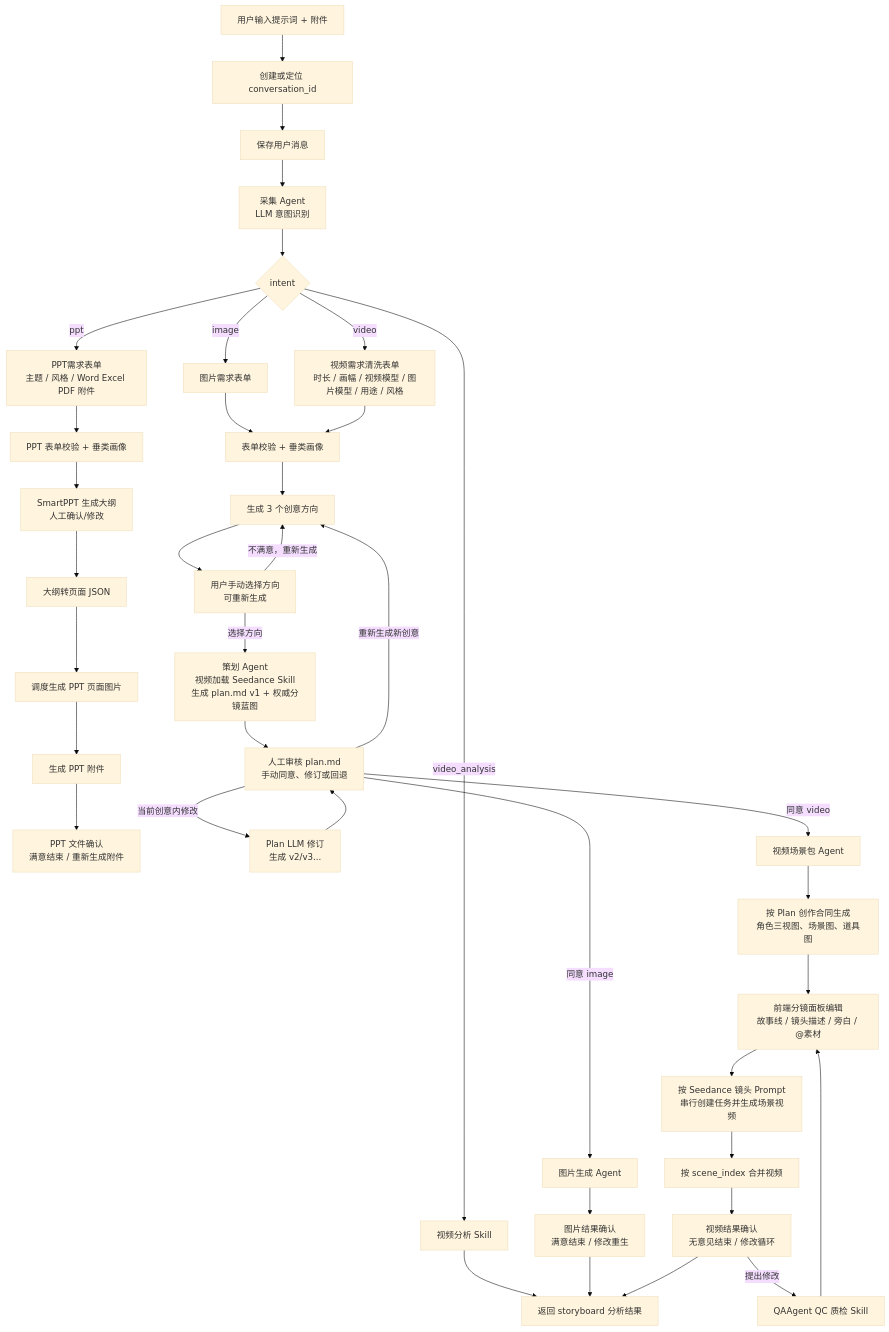
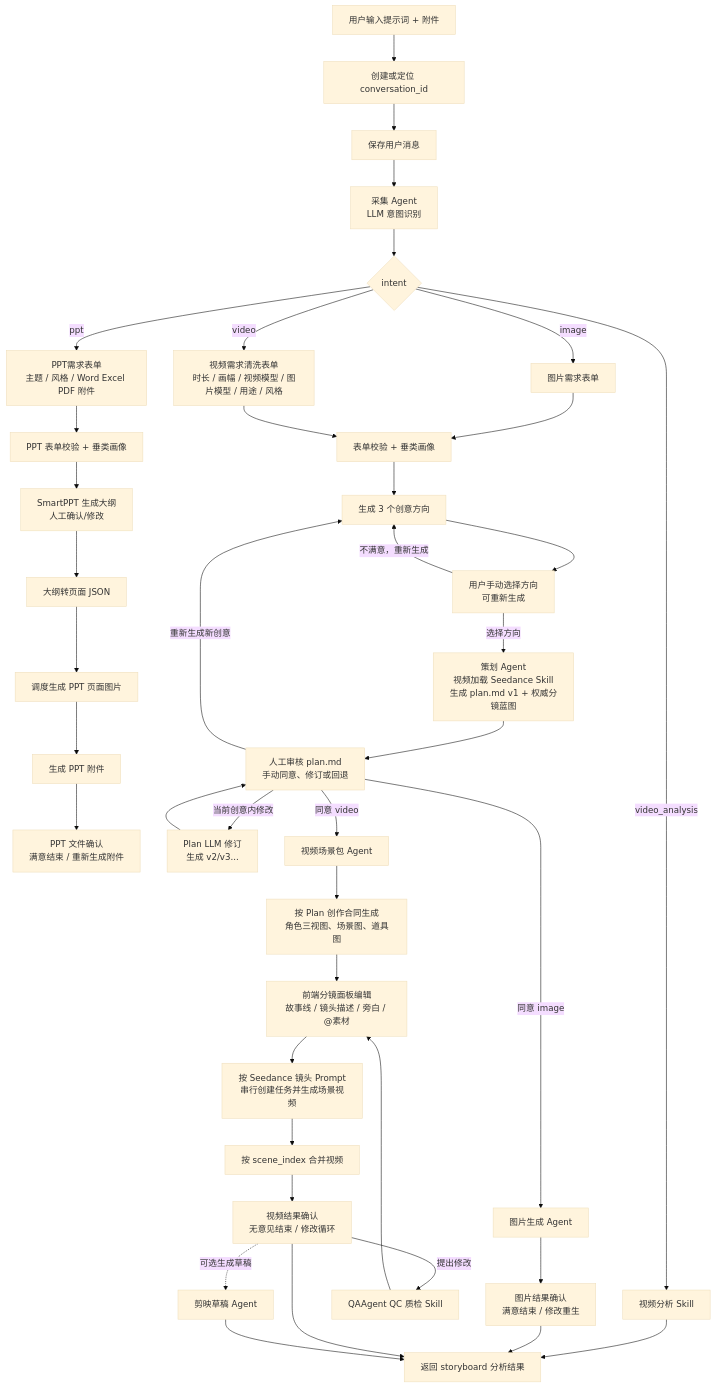
The second of 7 diagrams in docs/pixelflow-agent-skill-flow-latest-design.md (joyslxd/pixelflow), drawn with Mermaid (base theme) before and after one commit. The commit also changed other lines of this file and 3 other files, not shown here.

````diff
--- a/docs/pixelflow-agent-skill-flow-latest-design.md
+++ b/docs/pixelflow-agent-skill-flow-latest-design.md
@@ -48,40 +48,42 @@
 ```mermaid
 flowchart TD
   A["用户输入提示词 + 附件"] --> B["创建或定位 conversation_id"]
   B --> C["保存用户消息"]
   C --> D["采集 Agent<br/>LLM 意图识别"]
   D --> E{"intent"}
   E -->|"video_analysis"| VA["视频分析 Skill"]
   E -->|"image"| IF["图片需求表单"]
   E -->|"video"| VF["视频需求清洗表单<br/>时长 / 画幅 / 视频模型 / 图片模型 / 用途 / 风格"]
   E -->|"ppt"| PF["PPT需求表单<br/>主题 / 风格 / Word Excel PDF 附件"]
   IF --> IV["表单校验 + 垂类画像"]
   VF --> IV
   PF --> PIV["PPT 表单校验 + 垂类画像"]
   PIV --> PSUM["SmartPPT 生成大纲<br/>人工确认/修改"]
   PSUM --> PJSON["大纲转页面 JSON"]
   PJSON --> PIMG["调度生成 PPT 页面图片"]
   PIMG --> PFILE["生成 PPT 附件"]
   PFILE --> PDONE["PPT 文件确认<br/>满意结束 / 重新生成附件"]
   IV --> DIR["生成 3 个创意方向"]
   DIR --> CHOOSE["用户手动选择方向<br/>可重新生成"]
   CHOOSE -->|"不满意，重新生成"| DIR
   CHOOSE -->|"选择方向"| PLAN["策划 Agent<br/>视频加载 Seedance Skill<br/>生成 plan.md v1 + 权威分镜蓝图"]
   PLAN --> REVIEW["人工审核 plan.md<br/>手动同意、修订或回退"]
   REVIEW -->|"当前创意内修改"| REVISE["Plan LLM 修订<br/>生成 v2/v3..."]
   REVISE --> REVIEW
   REVIEW -->|"重新生成新创意"| DIR
   REVIEW -->|"同意 image"| IMG["图片生成 Agent"]
   REVIEW -->|"同意 video"| VP["视频场景包 Agent"]
   IMG --> IR["图片结果确认<br/>满意结束 / 修改重生"]
   VP --> SA["按 Plan 创作合同生成<br/>角色三视图、场景图、道具图"]
   SA --> SB["前端分镜面板编辑<br/>故事线 / 镜头描述 / 旁白 / @素材"]
   SB --> SV["按 Seedance 镜头 Prompt<br/>串行创建任务并生成场景视频"]
   SV --> MERGE["按 scene_index 合并视频"]
   MERGE --> VR["视频结果确认<br/>无意见结束 / 修改循环"]
   VR -->|"提出修改"| QC["QAAgent QC 质检 Skill"]
   QC --> SB
   VA --> DONE["返回 storyboard 分析结果"]
   IR --> DONE
   VR --> DONE
+  VR -. "可选生成草稿" .-> JD["剪映草稿 Agent"]
+  JD --> DONE
 ```
````
